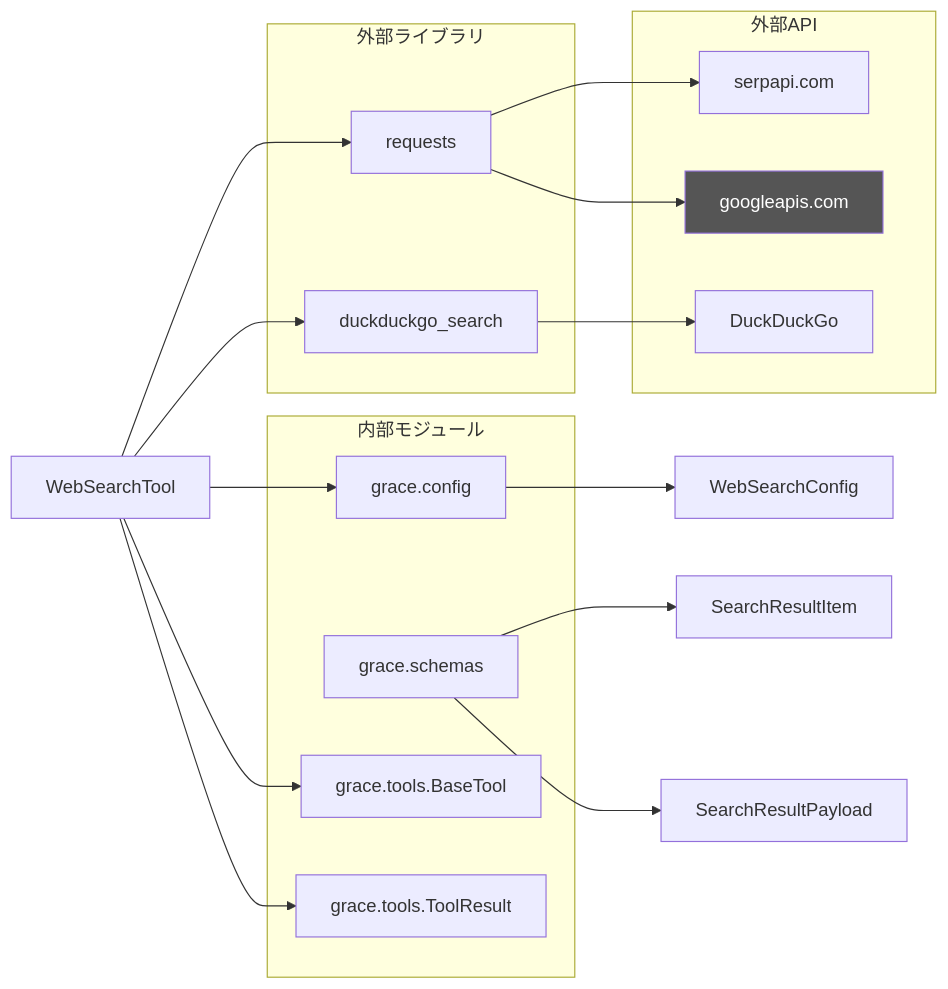
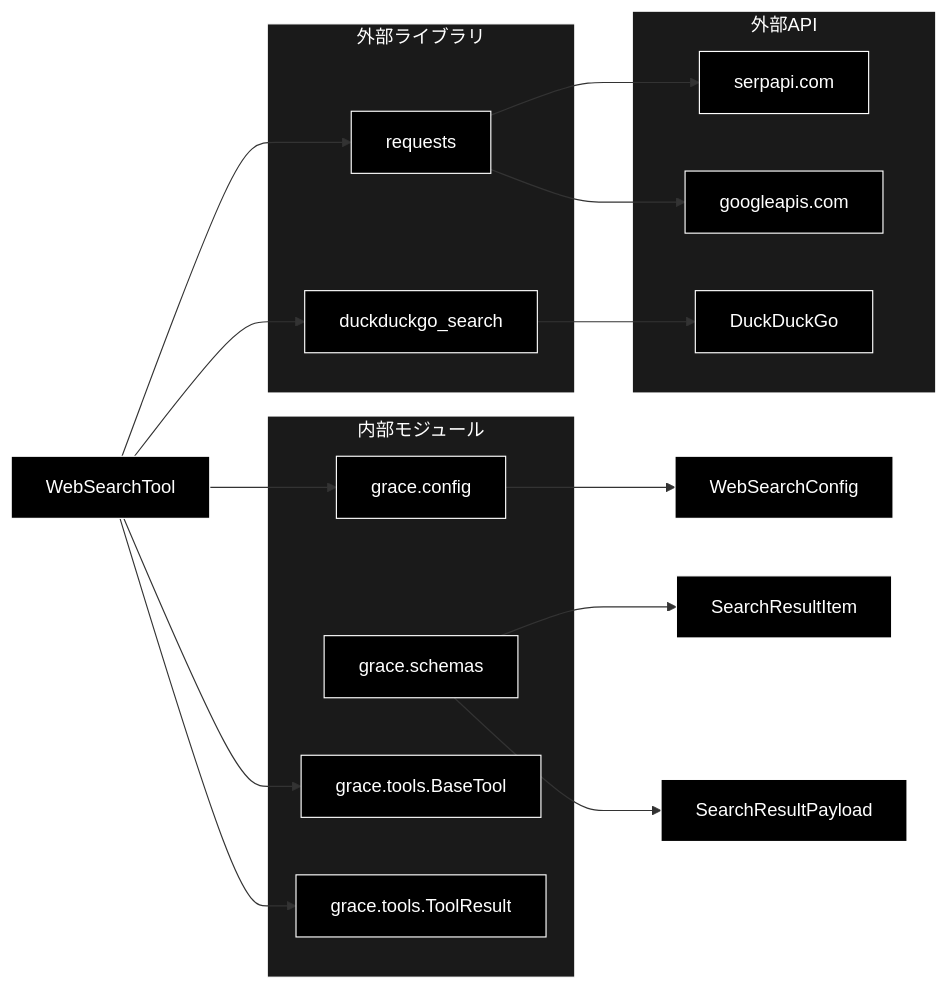
Before and after one commit to nakashima2toshio/anthropic_grace_agent_v2: the third of 3 diagrams in grace/doc/web_search.md, drawn with Mermaid. The commit also changed other lines of this file, not shown here.

````diff
--- a/grace/doc/web_search.md
+++ b/grace/doc/web_search.md
@@ -1081,38 +1074,40 @@
 ```mermaid
 flowchart LR
     WEBSEARCH["WebSearchTool"]
 
     subgraph EXTERNAL["外部ライブラリ"]
         REQUESTS["requests"]
         DDG_LIB["duckduckgo_search"]
     end
 
     subgraph INTERNAL["内部モジュール"]
         CONFIG["grace.config"]
         SCHEMAS["grace.schemas"]
         BASE["grace.tools.BaseTool"]
         TOOLRESULT["grace.tools.ToolResult"]
     end
 
     subgraph API["外部API"]
         SERPAPI_EP["serpapi.com"]
+        GOOGLE_EP["googleapis.com"]
         DDG_EP["DuckDuckGo"]
-        GOOGLE_EP["googleapis.com"]
     end
 
     WEBSEARCH --> REQUESTS
     WEBSEARCH --> DDG_LIB
     WEBSEARCH --> CONFIG
     WEBSEARCH --> BASE
     WEBSEARCH --> TOOLRESULT
-
     REQUESTS --> SERPAPI_EP
     REQUESTS --> GOOGLE_EP
     DDG_LIB --> DDG_EP
-
     CONFIG --> WS_CFG["WebSearchConfig"]
     SCHEMAS --> SRI["SearchResultItem"]
     SCHEMAS --> SRP["SearchResultPayload"]
-
-    style GOOGLE_EP fill:#555,color:#fff
+classDef default fill:#000,stroke:#fff,color:#fff
+classDef subgraphStyle fill:#1a1a1a,stroke:#fff,color:#fff
+class WEBSEARCH,REQUESTS,DDG_LIB,CONFIG,SCHEMAS,BASE,TOOLRESULT,SERPAPI_EP,GOOGLE_EP,DDG_EP,WS_CFG,SRI,SRP default
+style EXTERNAL fill:#1a1a1a,stroke:#fff,color:#fff
+style INTERNAL fill:#1a1a1a,stroke:#fff,color:#fff
+style API fill:#1a1a1a,stroke:#fff,color:#fff
 ```
````
